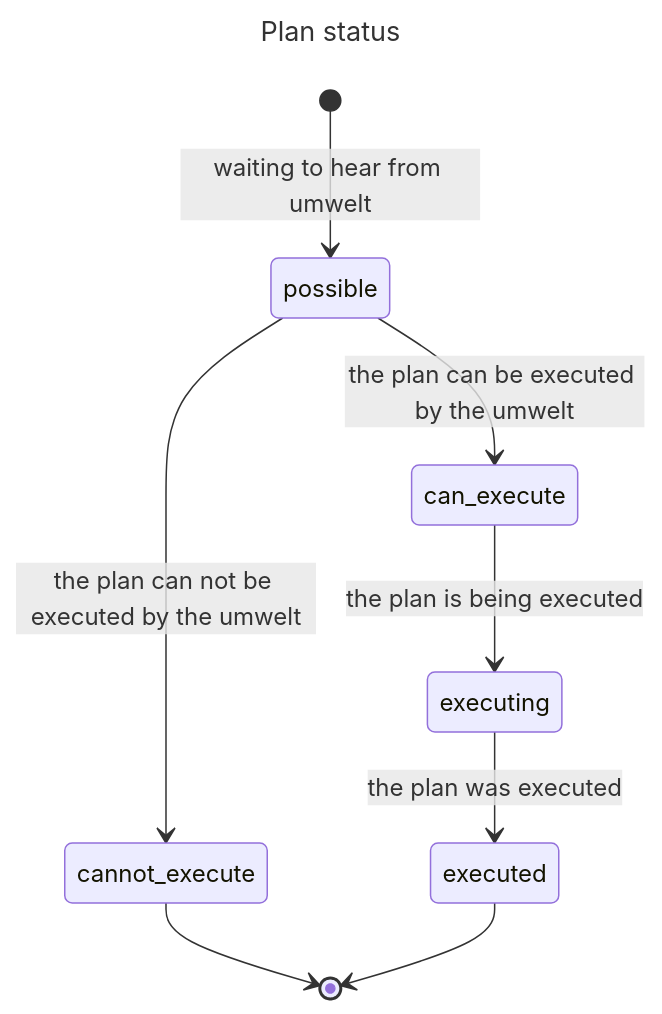
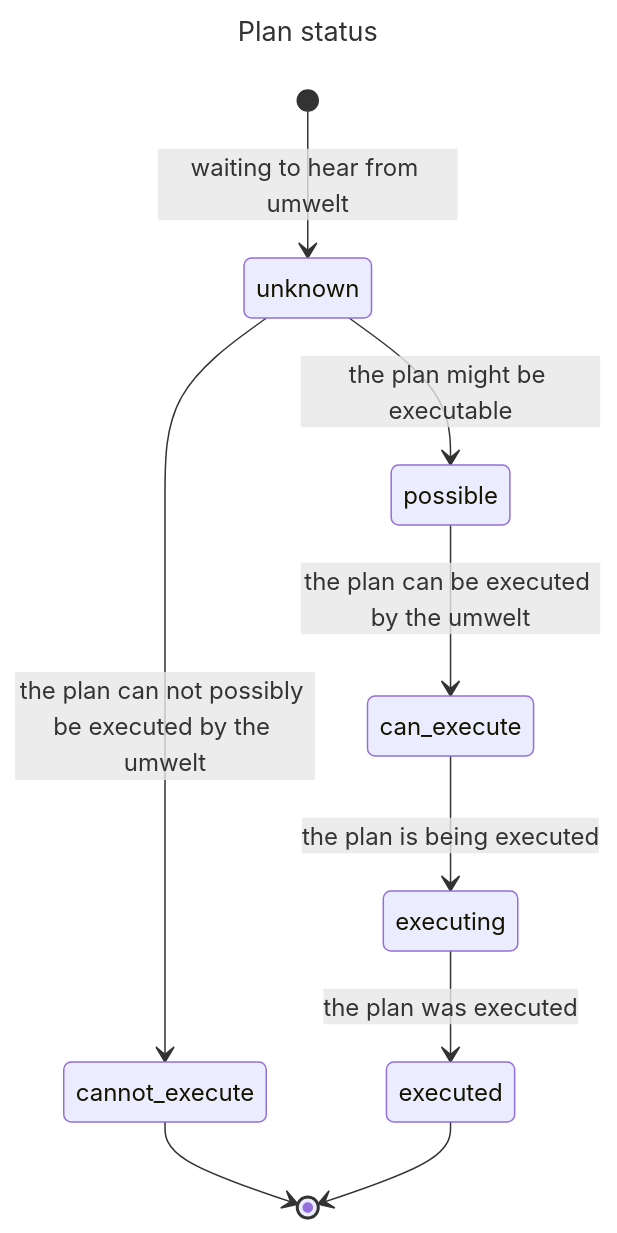
Before and after one commit to jfcloutier/karma_system: the second of 2 diagrams in design_notes/acting.md, drawn with Mermaid. The commit also changed other lines of this file, not shown here.

Commit message:
The first status of a plan is `unknown`

````diff
--- a/design_notes/acting.md
+++ b/design_notes/acting.md
@@ -306,13 +308,14 @@
 ```mermaid
 ---
 title: Plan status
 ---
 stateDiagram-v2
-  [*] --> possible : waiting to hear from umwelt
-  possible --> cannot_execute : the plan can not be executed by the umwelt
+  [*] --> unknown : waiting to hear from umwelt
+  unknown --> possible : the plan might be executable
+  unknown --> cannot_execute : the plan can not possibly be executed by the umwelt
   cannot_execute --> [*]
   possible --> can_execute : the plan can be executed by the umwelt
   can_execute --> executing : the plan is being executed
   executing --> executed : the plan was executed
   executed --> [*]
 ```
````
